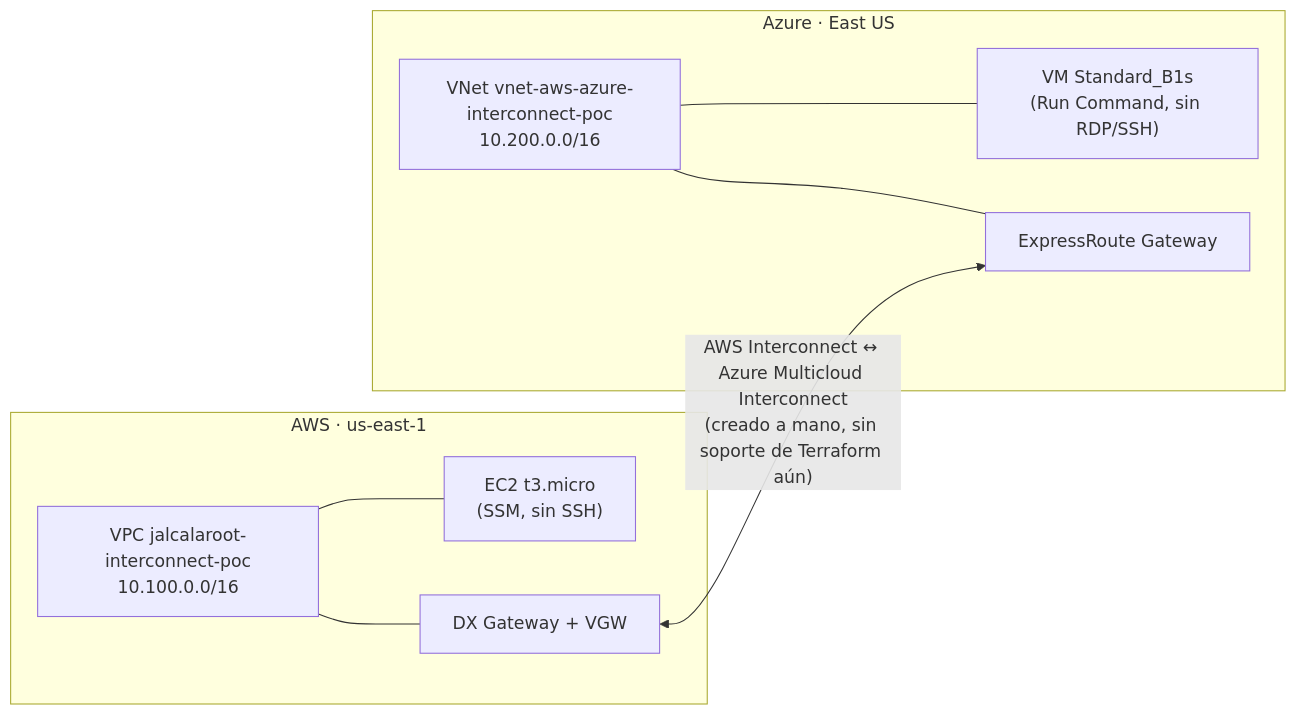
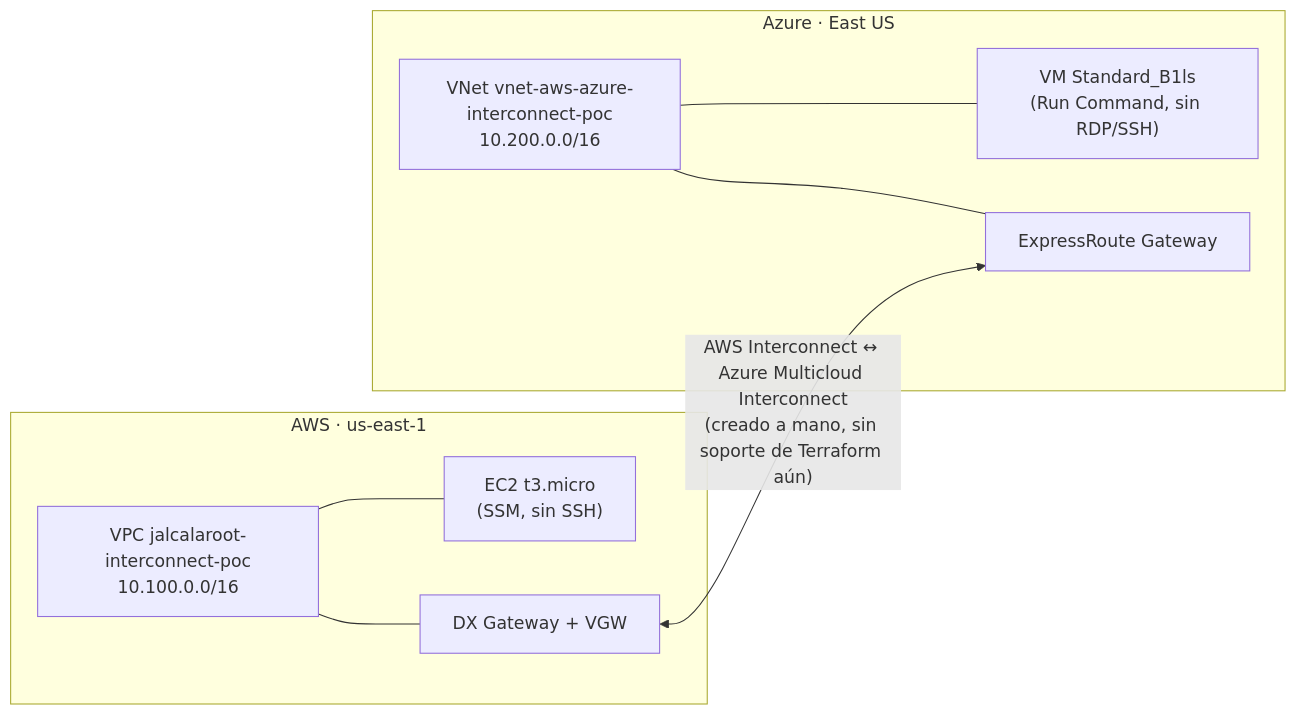
One commit to jalcalaroot/aws-azure-interconnect changed the diagram in README.md. Above: the diagram before and after it, drawn with Mermaid. The commit also changed other lines of this file and 1 other file, not shown here.

````diff
--- a/README.md
+++ b/README.md
@@ -9,20 +9,20 @@
 ```mermaid
 flowchart LR
     subgraph AWS["AWS · us-east-1"]
         vpc["VPC jalcalaroot-interconnect-poc\n10.100.0.0/16"]
         ec2["EC2 t3.micro\n(SSM, sin SSH)"]
         dxgw["DX Gateway + VGW"]
         vpc --- ec2
         vpc --- dxgw
     end
 
     subgraph Azure["Azure · East US"]
         vnet["VNet vnet-aws-azure-interconnect-poc\n10.200.0.0/16"]
-        vm["VM Standard_B1s\n(Run Command, sin RDP/SSH)"]
+        vm["VM Standard_B1ls\n(Run Command, sin RDP/SSH)"]
         ergw["ExpressRoute Gateway"]
         vnet --- vm
         vnet --- ergw
     end
 
     dxgw <-->|"AWS Interconnect ↔ Azure Multicloud Interconnect\n(creado a mano, sin soporte de Terraform aún)"| ergw
 ```
````
